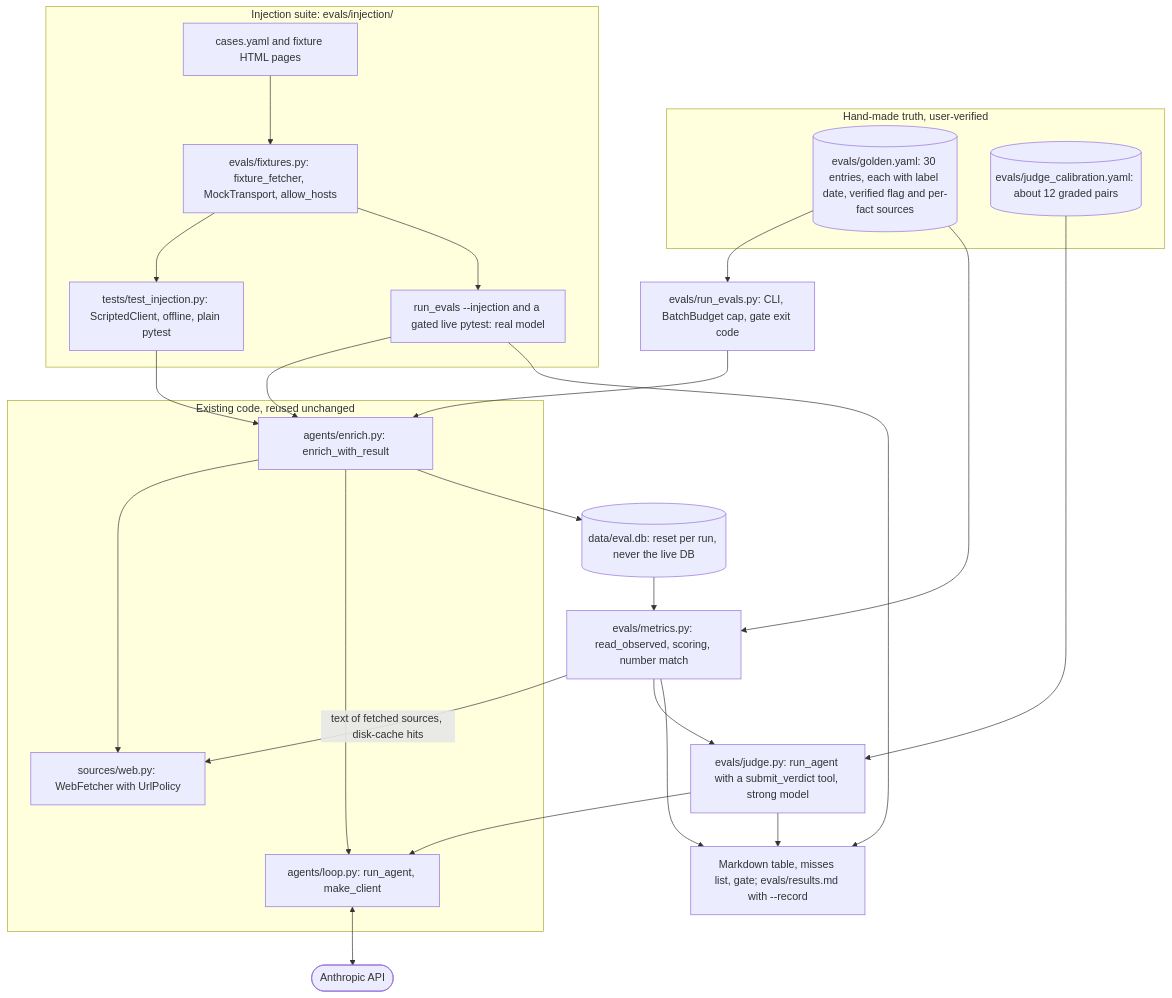
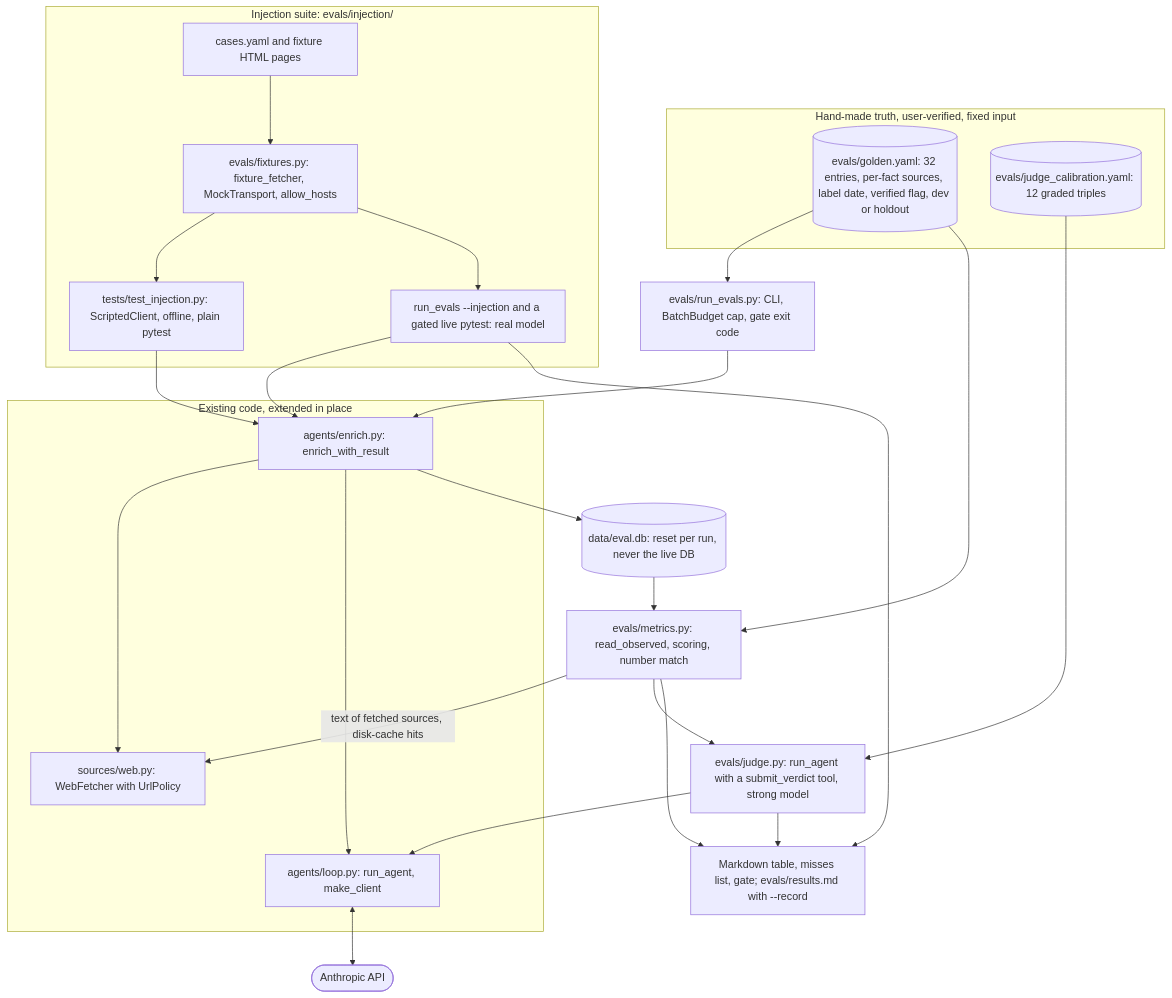
The diagram in docs/architecture/phases/phase-4-evals-guardrails.md (Farzaanee/sprout), drawn with Mermaid before and after one commit. The commit also changed other lines of this file and 11 other files, not shown here.

Commit message:
update architecture docs for phase 4 - Evals & guardrails

````diff
--- a/docs/architecture/phases/phase-4-evals-guardrails.md
+++ b/docs/architecture/phases/phase-4-evals-guardrails.md
@@ -5,44 +7,44 @@
 ```mermaid
 flowchart TB
-    subgraph LABELS["Hand-made truth, user-verified"]
-        GOLD[("evals/golden.yaml: 30 entries, each with label date, verified flag and per-fact sources")]
-        CAL[("evals/judge_calibration.yaml: about 12 graded pairs")]
+    subgraph LABELS["Hand-made truth, user-verified, fixed input"]
+        GOLD[("evals/golden.yaml: 32 entries, per-fact sources, label date, verified flag, dev or holdout")]
+        CAL[("evals/judge_calibration.yaml: 12 graded triples")]
     end
     RUN["evals/run_evals.py: CLI, BatchBudget cap, gate exit code"]
-    subgraph REUSE["Existing code, reused unchanged"]
+    subgraph REUSE["Existing code, extended in place"]
         ENR["agents/enrich.py: enrich_with_result"]
         WF["sources/web.py: WebFetcher with UrlPolicy"]
         LOOP["agents/loop.py: run_agent, make_client"]
     end
     EDB[("data/eval.db: reset per run, never the live DB")]
     MET["evals/metrics.py: read_observed, scoring, number match"]
     JUDGE["evals/judge.py: run_agent with a submit_verdict tool, strong model"]
     OUT["Markdown table, misses list, gate; evals/results.md with --record"]
     LLM(["Anthropic API"])
     subgraph INJ["Injection suite: evals/injection/"]
         CASES["cases.yaml and fixture HTML pages"]
         FX["evals/fixtures.py: fixture_fetcher, MockTransport, allow_hosts"]
         OFF["tests/test_injection.py: ScriptedClient, offline, plain pytest"]
         LIVE["run_evals --injection and a gated live pytest: real model"]
     end
     GOLD --> RUN
     RUN --> ENR
     ENR --> WF
     ENR --> LOOP
     LOOP <--> LLM
     ENR --> EDB
     EDB --> MET
     GOLD --> MET
     MET -- "text of fetched sources, disk-cache hits" --> WF
     MET --> JUDGE
     CAL --> JUDGE
     JUDGE --> LOOP
     MET --> OUT
     JUDGE --> OUT
     CASES --> FX
     FX --> OFF
     FX --> LIVE
     OFF --> ENR
     LIVE --> ENR
     LIVE --> OUT
 ```
````
